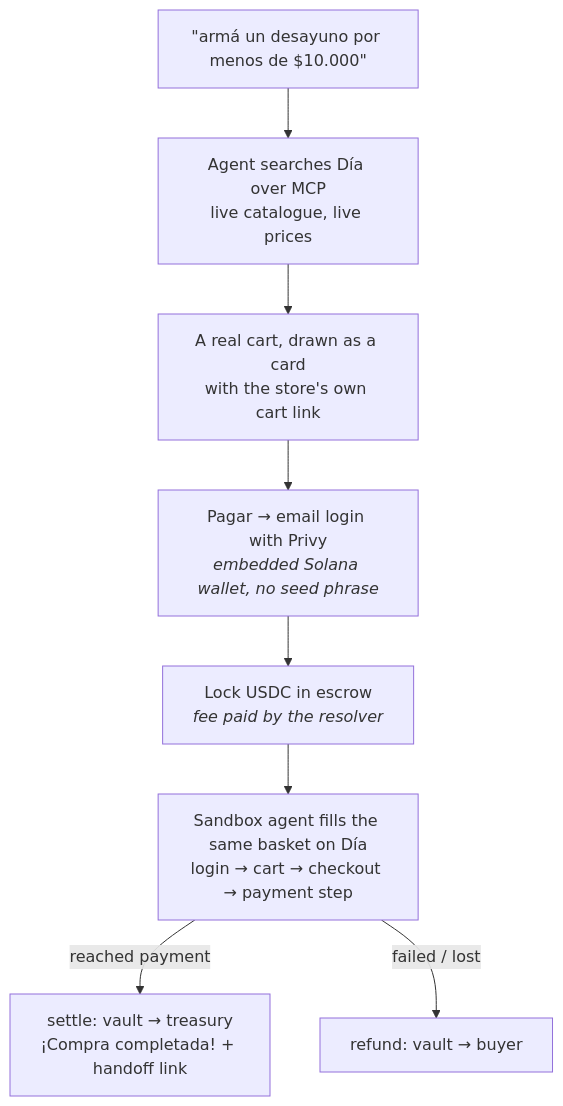
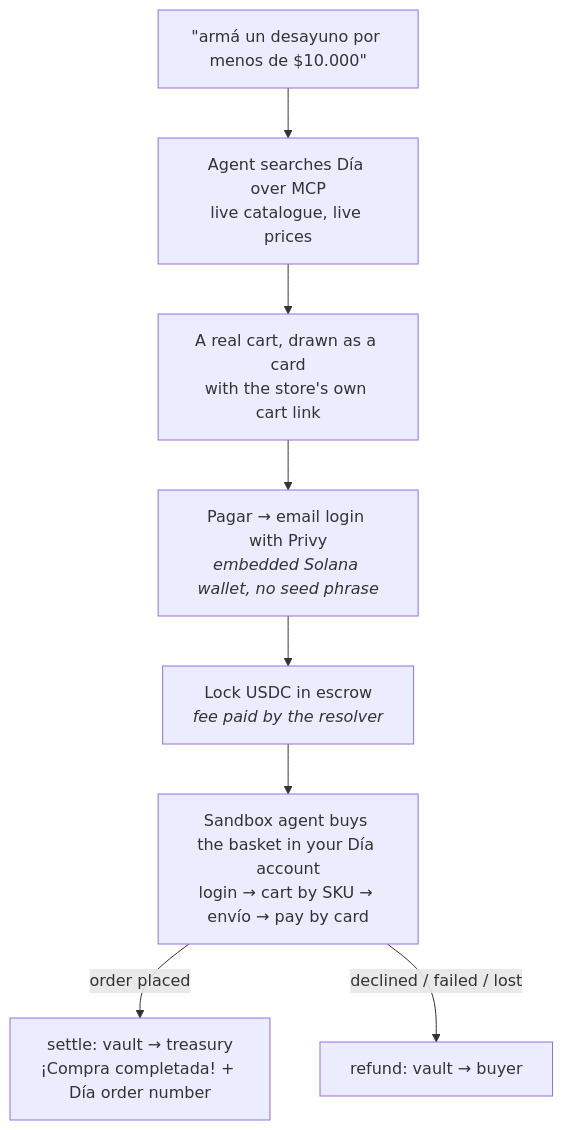
The first of 3 diagrams in README.md (raptor0929/solana-changuito), drawn with Mermaid before and after one commit. The commit also changed other lines of this file and 31 other files, not shown here.

````diff
--- a/README.md
+++ b/README.md
@@ -71,10 +72,10 @@
 ```mermaid
 flowchart TD
     A["#quot;armá un desayuno por menos de $10.000#quot;"] --> B["Agent searches Día over MCP<br/>live catalogue, live prices"]
     B --> C["A real cart, drawn as a card<br/>with the store's own cart link"]
     C --> D["Pagar → email login with Privy<br/><i>embedded Solana wallet, no seed phrase</i>"]
     D --> E["Lock USDC in escrow<br/><i>fee paid by the resolver</i>"]
-    E --> F["Sandbox agent fills the same basket on Día<br/>login → cart → checkout → payment step"]
-    F -->|reached payment| G["settle: vault → treasury<br/>¡Compra completada! + handoff link"]
-    F -->|failed / lost| H["refund: vault → buyer"]
+    E --> F["Sandbox agent buys the basket in your Día account<br/>login → cart by SKU → envío → pay by card"]
+    F -->|order placed| G["settle: vault → treasury<br/>¡Compra completada! + Día order number"]
+    F -->|declined / failed / lost| H["refund: vault → buyer"]
 ```
````
